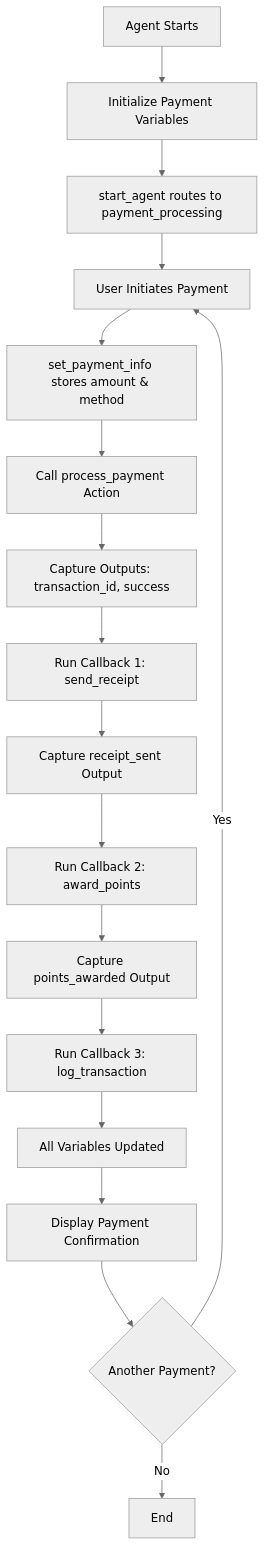
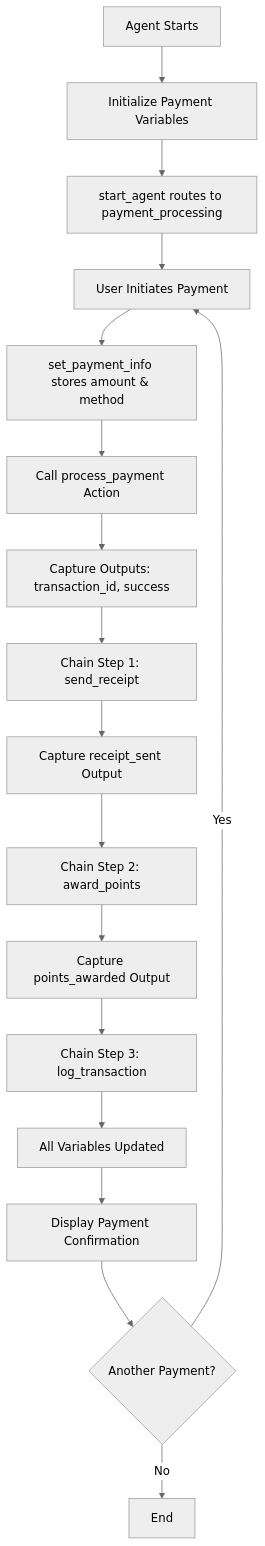
The diagram in force-app/main/02_actionConfiguration/actionChaining/README.md (trailheadapps/agent-script-recipes), drawn with Mermaid before and after one commit. The commit also changed other lines of this file and 14 other files, not shown here.

````diff
--- a/force-app/main/02_actionConfiguration/actionChaining/README.md
+++ b/force-app/main/02_actionConfiguration/actionChaining/README.md
@@ -9,20 +9,20 @@
 ```mermaid
 %%{init: {'theme':'neutral'}}%%
 graph TD
     A[Agent Starts] --> B[Initialize Payment Variables]
     B --> C[start_agent routes to payment_processing]
     C --> D[User Initiates Payment]
     D --> D2[set_payment_info stores amount & method]
     D2 --> E[Call process_payment Action]
     E --> F[Capture Outputs: transaction_id, success]
-    F --> G[Run Callback 1: send_receipt]
+    F --> G[Chain Step 1: send_receipt]
     G --> H[Capture receipt_sent Output]
-    H --> I[Run Callback 2: award_points]
+    H --> I[Chain Step 2: award_points]
     I --> J[Capture points_awarded Output]
-    J --> K[Run Callback 3: log_transaction]
+    J --> K[Chain Step 3: log_transaction]
     K --> L[All Variables Updated]
     L --> M[Display Payment Confirmation]
     M --> N{Another Payment?}
     N -->|Yes| D
     N -->|No| O[End]
 ```
````
